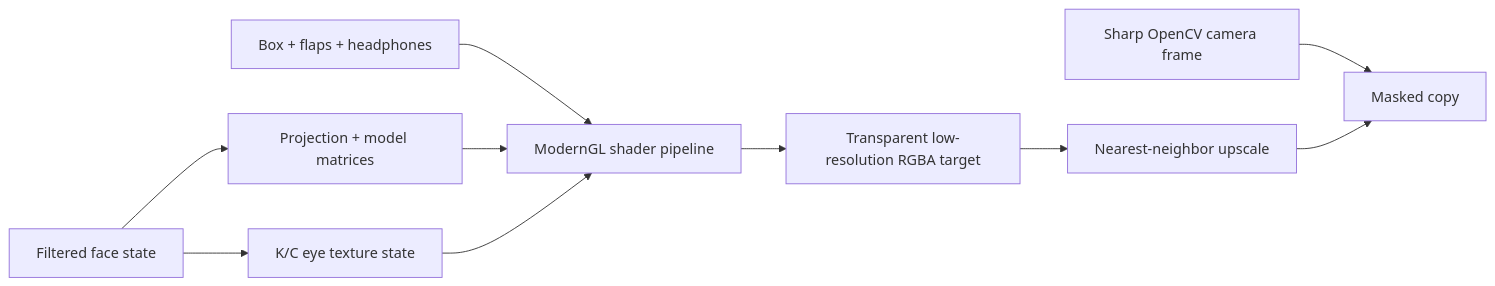
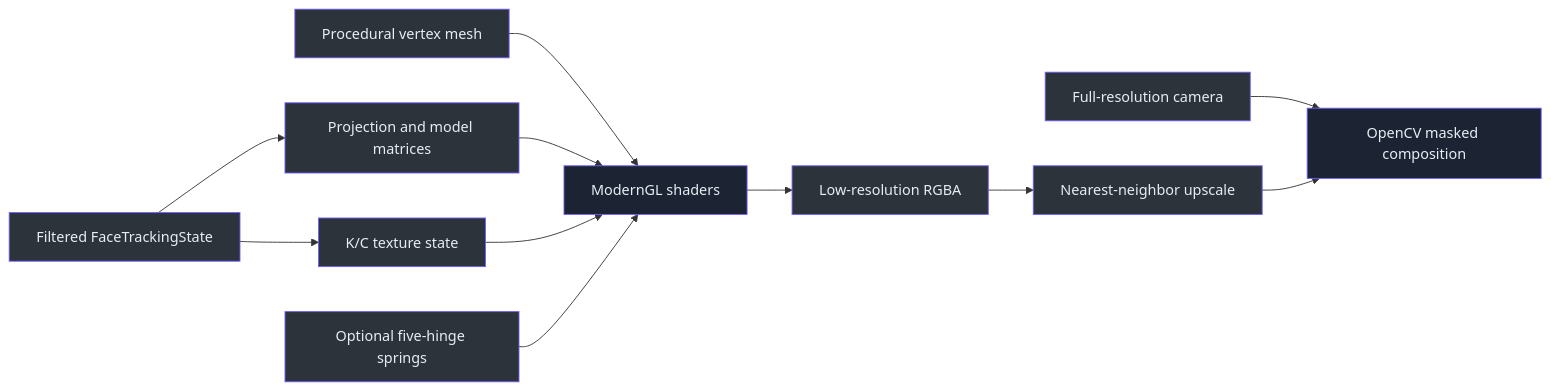
The first of 2 diagrams in docs/02-architecture/textured-3d-renderer.md (Zanark/KardboardCode-VTuber), drawn with Mermaid before and after one commit. The commit also changed other lines of this file and 58 other files, not shown here.

````diff
--- a/docs/02-architecture/textured-3d-renderer.md
+++ b/docs/02-architecture/textured-3d-renderer.md
@@ -21,12 +28,23 @@
 ```mermaid
 flowchart LR
-    State["Filtered face state"] --> Matrix["Projection + model matrices"]
-    State --> Texture["K/C eye texture state"]
-    Mesh["Box + flaps + headphones"] --> GPU["ModernGL shader pipeline"]
+    Camera["Full-resolution camera"] --> Compose["OpenCV masked composition"]
+    Face["Filtered FaceTrackingState"] --> Matrix["Projection and model matrices"]
+    Face --> Eyes["K/C texture state"]
+    Mesh["Procedural vertex mesh"] --> GPU["ModernGL shaders"]
     Matrix --> GPU
-    Texture --> GPU
-    GPU --> RGBA["Transparent low-resolution RGBA target"]
-    RGBA --> Upscale["Nearest-neighbor upscale"]
-    Camera["Sharp OpenCV camera frame"] --> Composite["Masked copy"]
-    Upscale --> Composite
+    Eyes --> GPU
+    Physics["Optional five-hinge springs"] --> GPU
+    GPU --> Low["Low-resolution RGBA"]
+    Low --> Nearest["Nearest-neighbor upscale"]
+    Nearest --> Compose
+    style Camera fill:#2d333b,stroke:#6d5dfc,color:#e6edf3
+    style Face fill:#2d333b,stroke:#6d5dfc,color:#e6edf3
+    style Matrix fill:#2d333b,stroke:#6d5dfc,color:#e6edf3
+    style Eyes fill:#2d333b,stroke:#6d5dfc,color:#e6edf3
+    style Mesh fill:#2d333b,stroke:#6d5dfc,color:#e6edf3
+    style GPU fill:#1c2333,stroke:#6d5dfc,color:#e6edf3
+    style Physics fill:#2d333b,stroke:#6d5dfc,color:#e6edf3
+    style Low fill:#2d333b,stroke:#6d5dfc,color:#e6edf3
+    style Nearest fill:#2d333b,stroke:#6d5dfc,color:#e6edf3
+    style Compose fill:#1c2333,stroke:#6d5dfc,color:#e6edf3
 ```
````
